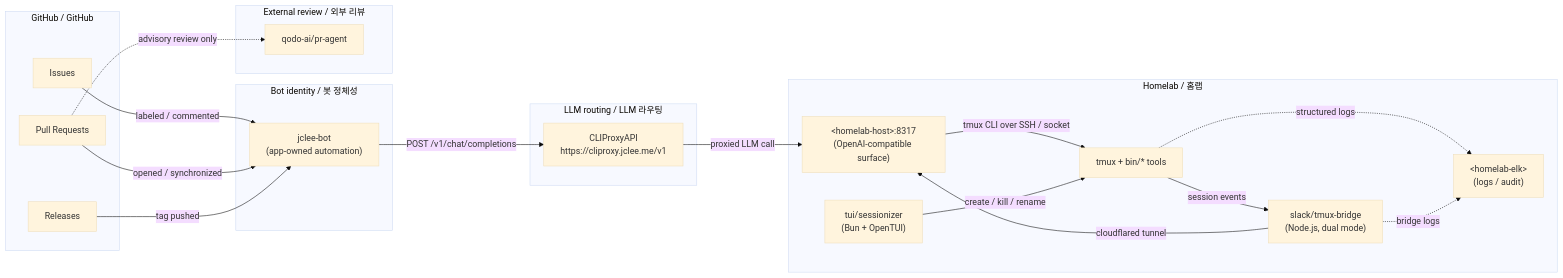
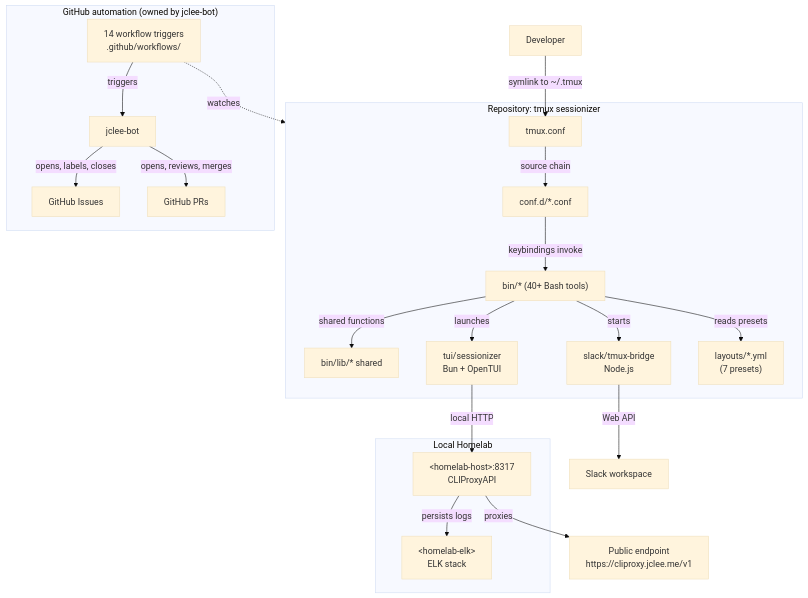
The diagram in README.md (jclee941/tmux), drawn with Mermaid (base theme) before and after one commit. The commit also changed other lines of this file, not shown here.

````diff
--- a/README.md
+++ b/README.md
@@ -68,41 +59,45 @@
 ```mermaid
-flowchart LR
-    subgraph GH["GitHub / GitHub"]
-        ISSUE["Issues"]
-        PR["Pull Requests"]
-        REL["Releases"]
-    end
+flowchart TB
+  Dev[Developer]
 
-    subgraph BOT["Bot identity / 봇 정체성"]
-        JCB["jclee-bot<br/>(app-owned automation)"]
-    end
+  subgraph Repo["Repository: tmux sessionizer"]
+    Conf[tmux.conf]
+    ConfD[conf.d/*.conf]
+    Tools["bin/* (40+ Bash tools)"]
+    Lib[bin/lib/* shared]
+    TUI["tui/sessionizer<br/>Bun + OpenTUI"]
+    Bridge["slack/tmux-bridge<br/>Node.js"]
+    Layouts["layouts/*.yml<br/>(7 presets)"]
+  end
 
-    subgraph RT["LLM routing / LLM 라우팅"]
-        CPA["CLIProxyAPI<br/>https://cliproxy.jclee.me/v1"]
-    end
+  subgraph Homelab["Local Homelab"]
+    Proxy["&lt;homelab-host&gt;:8317<br/>CLIProxyAPI"]
+    ELK["&lt;homelab-elk&gt;<br/>ELK stack"]
+  end
 
-    subgraph LAB["Homelab / 홈랩"]
-        HOST["&lt;homelab-host&gt;:8317<br/>(OpenAI-compatible surface)"]
-        TMUX["tmux + bin/* tools"]
-        TUI["tui/sessionizer<br/>(Bun + OpenTUI)"]
-        BR["slack/tmux-bridge<br/>(Node.js, dual mode)"]
-        ELK["&lt;homelab-elk&gt;<br/>(logs / audit)"]
-    end
+  subgraph GitHub["GitHub automation (owned by jclee-bot)"]
+    WF["14 workflow triggers<br/>.github/workflows/"]
+    Bot[jclee-bot]
+    Issues[GitHub Issues]
+    PRs[GitHub PRs]
+  end
 
-    subgraph EXT["External review / 외부 리뷰"]
-        QODO["qodo-ai/pr-agent"]
-    end
+  Public[Public endpoint<br/>https://cliproxy.jclee.me/v1]
+  Slack[Slack workspace]
 
-    ISSUE -->|"labeled / commented"| JCB
-    PR -->|"opened / synchronized"| JCB
-    REL -->|"tag pushed"| JCB
-    JCB -->|"POST /v1/chat/completions"| CPA
-    CPA -->|"proxied LLM call"| HOST
-    HOST -->|"tmux CLI over SSH / socket"| TMUX
-    TMUX -->|"session events"| BR
-    TUI -->|"create / kill / rename"| TMUX
-    BR -->|"cloudflared tunnel"| HOST
-    PR -.->|"advisory review only"| QODO
-    TMUX -.->|"structured logs"| ELK
-    BR -.->|"bridge logs"| ELK
+  Dev -->|symlink to ~/.tmux| Conf
+  Conf -->|source chain| ConfD
+  ConfD -->|keybindings invoke| Tools
+  Tools -->|shared functions| Lib
+  Tools -->|reads presets| Layouts
+  Tools -->|launches| TUI
+  Tools -->|starts| Bridge
+  TUI -->|local HTTP| Proxy
+  Proxy -->|proxies| Public
+  Proxy -->|persists logs| ELK
+  Bridge -->|Web API| Slack
+  WF -->|triggers| Bot
+  Bot -->|opens, labels, closes| Issues
+  Bot -->|opens, reviews, merges| PRs
+  WF -. watches .-> Repo
 ```
````
